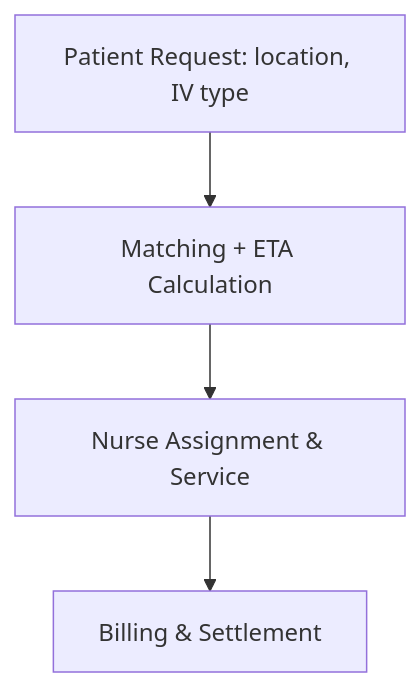
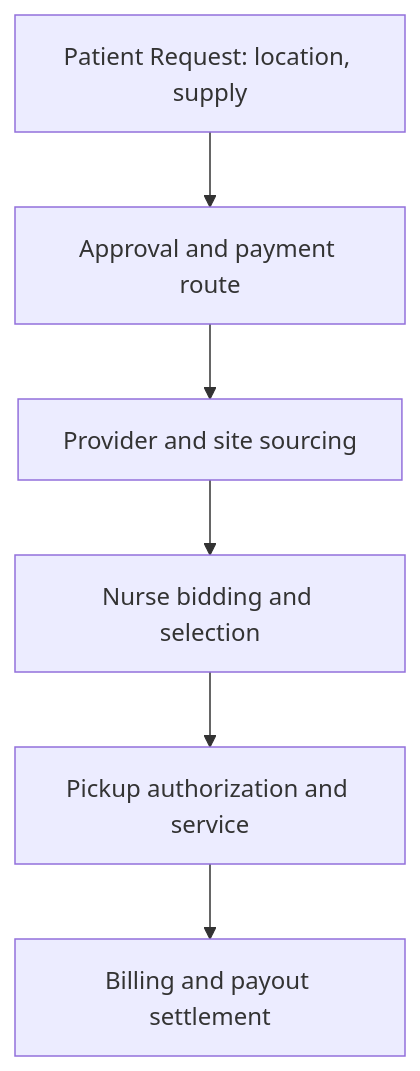
Before and after one commit to urishani/superbill-processor: the sixth of 6 diagrams in documents/models/system-architecture.md, drawn with Mermaid. The commit also changed other lines of this file, not shown here.

````diff
--- a/documents/models/system-architecture.md
+++ b/documents/models/system-architecture.md
@@ -264,9 +428,11 @@
 ```mermaid
 flowchart TD
-    Input[Patient Request: location, IV type]
-    Matching[Matching + ETA Calculation]
-    Execution[Nurse Assignment & Service]
-    Payment[Billing & Settlement]
+    Input[Patient Request: location, supply]
+    Approval[Approval and payment route]
+    Sourcing[Provider and site sourcing]
+    Bidding[Nurse bidding and selection]
+    Execution[Pickup authorization and service]
+    Payment[Billing and payout settlement]
 
-    Input --> Matching --> Execution --> Payment
+    Input --> Approval --> Sourcing --> Bidding --> Execution --> Payment
 ```
````
